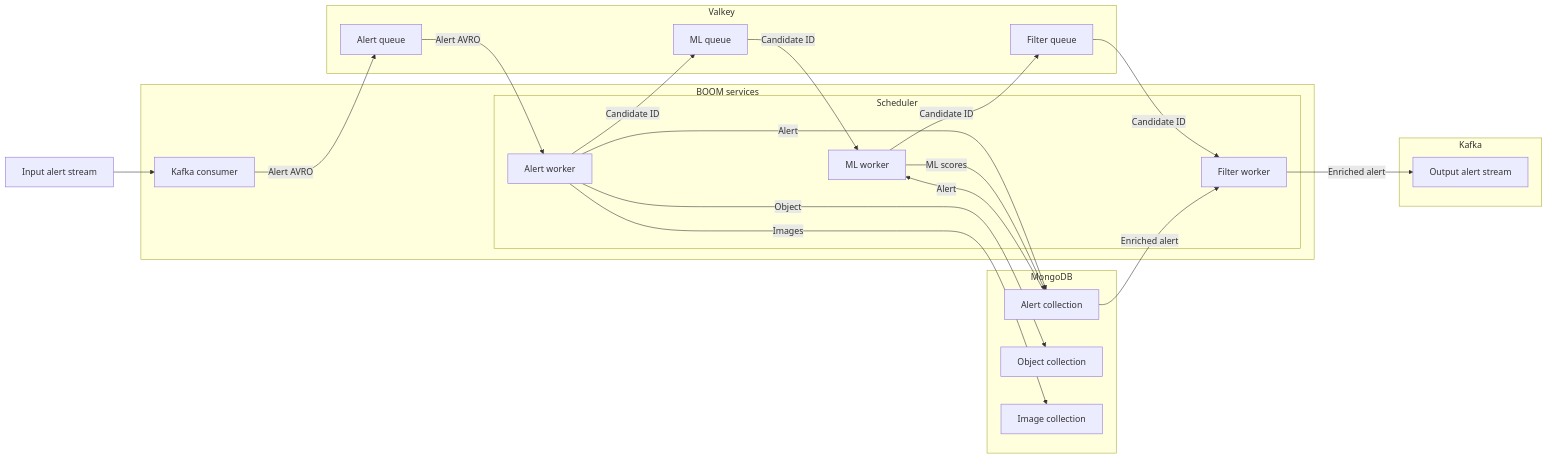
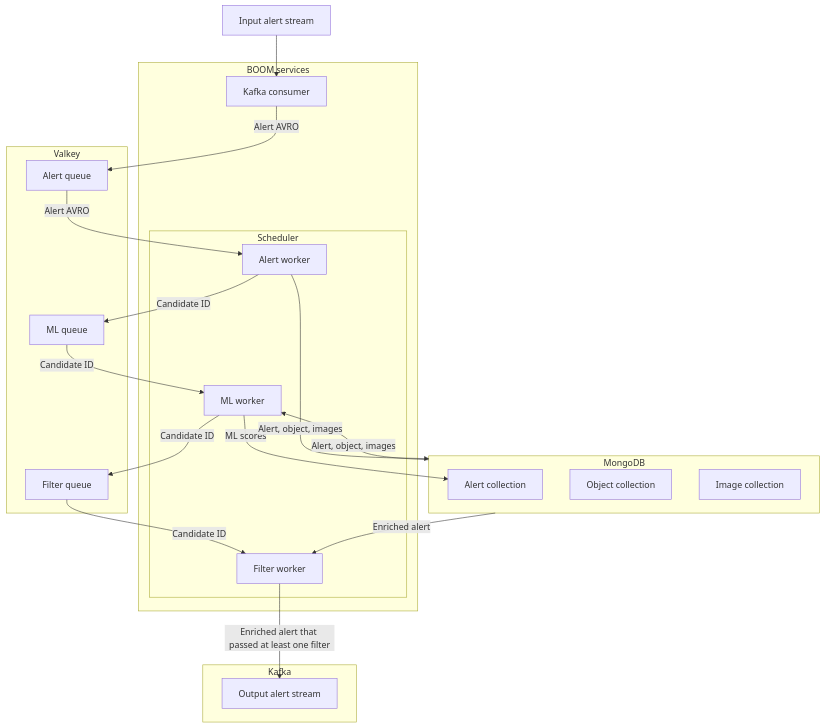
One commit to boom-astro/boom changed the diagram in docs/alert-processing.md. Above: the diagram before and after it, drawn with Mermaid.

Commit message:
Simplify some MongoDB arrows

````diff
--- a/docs/alert-processing.md
+++ b/docs/alert-processing.md
@@ -23,45 +23,43 @@
 ```mermaid
-graph LR
+graph TB
 
     Input[Input alert stream]
 
     subgraph Kafka
         Output[Output alert stream]
     end
 
     subgraph Valkey
         AlertQueue[Alert queue]
         MLQueue[ML queue]
         FilterQueue[Filter queue]
     end
 
     subgraph MongoDB
         AlertCollection[Alert collection]
         ObjectCollection[Object collection]
         ImageCollection[Image collection]
     end
 
     subgraph BOOM services
         KafkaConsumer[Kafka consumer]
         subgraph Scheduler
             AlertWorker[Alert worker]
             MLWorker[ML worker]
             FilterWorker[Filter worker]
         end
     end
 
     Input --> KafkaConsumer
     KafkaConsumer -- Alert AVRO --> AlertQueue
     AlertQueue -- Alert AVRO --> AlertWorker
     AlertWorker -- Candidate ID --> MLQueue
-    AlertWorker -- Alert --> AlertCollection
-    AlertWorker -- Object --> ObjectCollection
-    AlertWorker -- Images --> ImageCollection
+    AlertWorker -- Alert, object, images --> MongoDB
     MLQueue -- Candidate ID --> MLWorker
     MLWorker -- Candidate ID --> FilterQueue
-    AlertCollection -- Alert --> MLWorker
     MLWorker -- ML scores --> AlertCollection
+    MongoDB -- Alert, object, images --> MLWorker
     FilterQueue -- Candidate ID --> FilterWorker
-    AlertCollection -- Enriched alert --> FilterWorker
-    FilterWorker -- Enriched alert --> Output
+    MongoDB -- Enriched alert --> FilterWorker
+    FilterWorker -- Enriched alert that passed at least one filter --> Output
 ```
````
